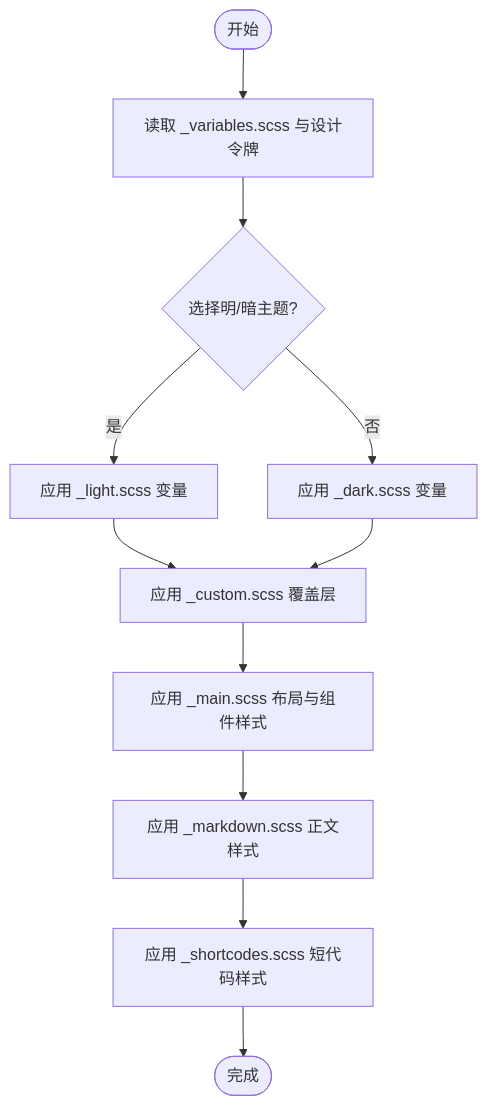
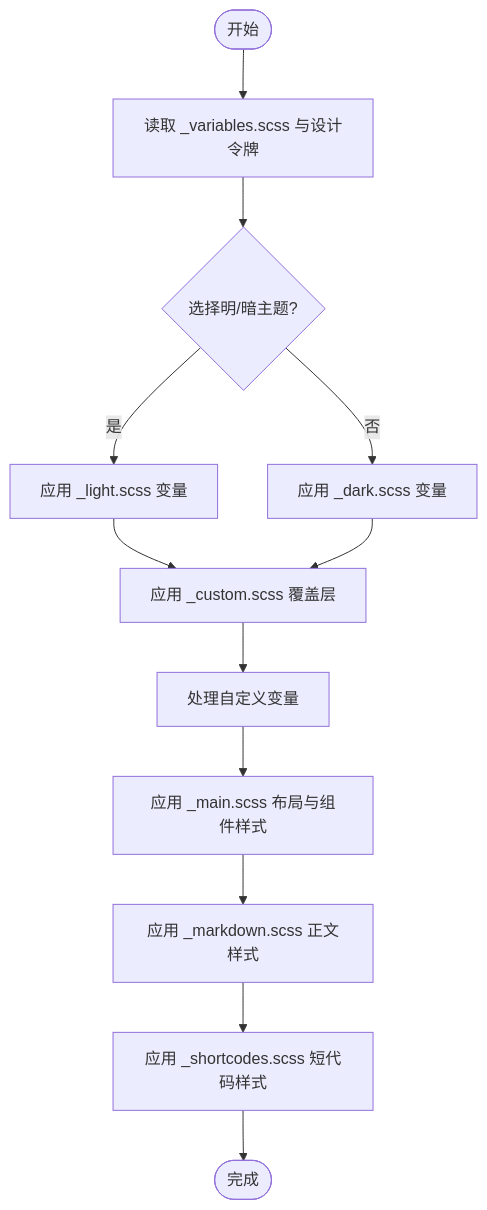
Before and after one commit to nianjiang/nianjiang.github.io: the fifth of 9 diagrams in .qoder/repowiki/zh/content/主题定制/主题定制.md, drawn with Mermaid. The commit also changed other lines of this file and 21 other files, not shown here.

````diff
--- a/.qoder/repowiki/zh/content/主题定制/主题定制.md
+++ b/.qoder/repowiki/zh/content/主题定制/主题定制.md
@@ -233,13 +302,14 @@
 ```mermaid
 flowchart TD
 Start(["开始"]) --> ReadVars["读取 _variables.scss 与设计令牌"]
 ReadVars --> ThemeSel{"选择明/暗主题?"}
 ThemeSel --> |是| Light["应用 _light.scss 变量"]
 ThemeSel --> |否| Dark["应用 _dark.scss 变量"]
 Light --> Custom["应用 _custom.scss 覆盖层"]
 Dark --> Custom
-Custom --> Main["应用 _main.scss 布局与组件样式"]
+Custom --> NewVars["处理自定义变量"]
+NewVars --> Main["应用 _main.scss 布局与组件样式"]
 Main --> MD["应用 _markdown.scss 正文样式"]
 MD --> Short["应用 _shortcodes.scss 短代码样式"]
 Short --> End(["完成"])
 ```
````
